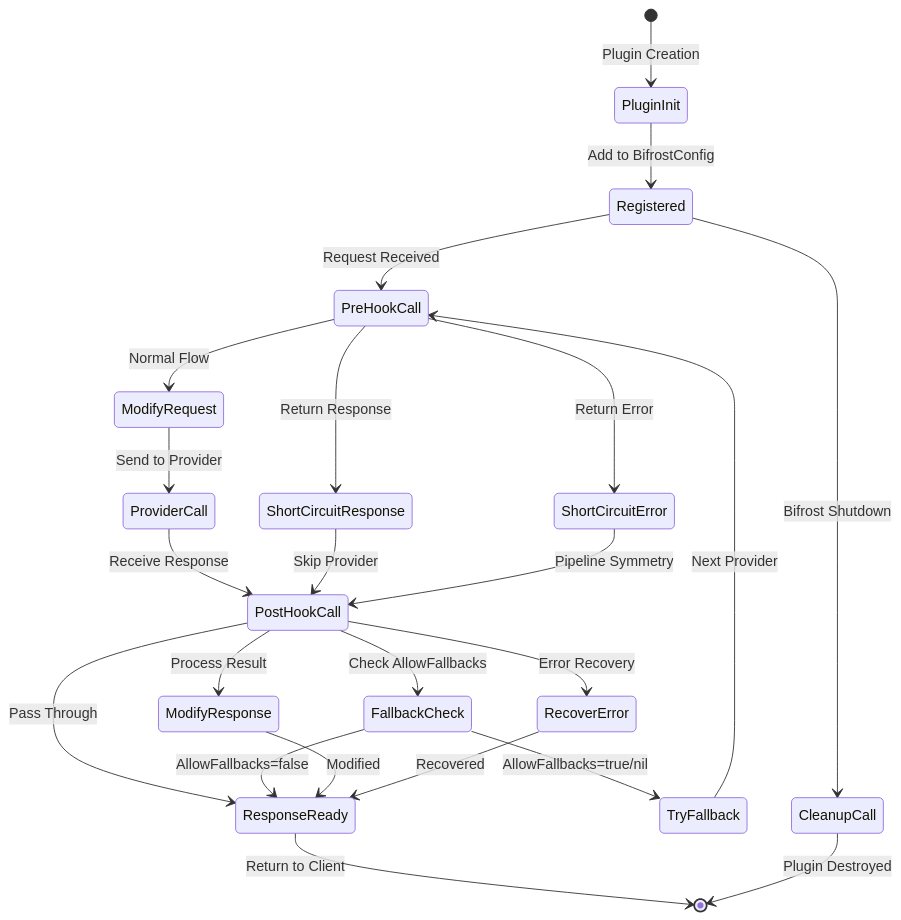
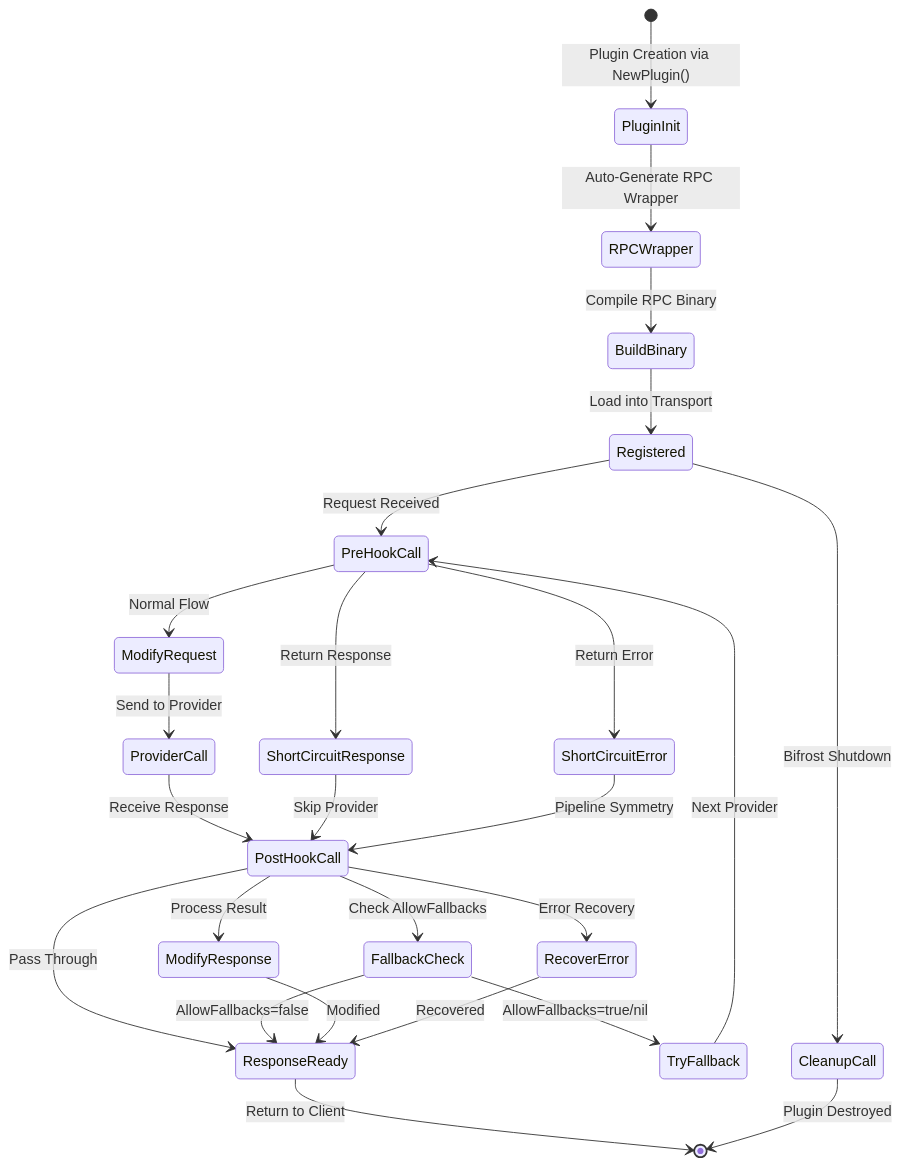
Before and after one commit to maximhq/bifrost: the first of 5 diagrams in docs/plugins.md, drawn with Mermaid. The commit also changed other lines of this file and 38 other files, not shown here.

````diff
--- a/docs/plugins.md
+++ b/docs/plugins.md
@@ -59,32 +89,34 @@
 ```mermaid
 stateDiagram-v2
-    [*] --> PluginInit: Plugin Creation
-    PluginInit --> Registered: Add to BifrostConfig
+    [*] --> PluginInit: Plugin Creation via NewPlugin()
+    PluginInit --> RPCWrapper: Auto-Generate RPC Wrapper
+    RPCWrapper --> BuildBinary: Compile RPC Binary
+    BuildBinary --> Registered: Load into Transport
     Registered --> PreHookCall: Request Received
 
     PreHookCall --> ModifyRequest: Normal Flow
     PreHookCall --> ShortCircuitResponse: Return Response
     PreHookCall --> ShortCircuitError: Return Error
 
     ModifyRequest --> ProviderCall: Send to Provider
     ProviderCall --> PostHookCall: Receive Response
 
     ShortCircuitResponse --> PostHookCall: Skip Provider
     ShortCircuitError --> PostHookCall: Pipeline Symmetry
 
     PostHookCall --> ModifyResponse: Process Result
     PostHookCall --> RecoverError: Error Recovery
     PostHookCall --> FallbackCheck: Check AllowFallbacks
     PostHookCall --> ResponseReady: Pass Through
 
     FallbackCheck --> TryFallback: AllowFallbacks=true/nil
     FallbackCheck --> ResponseReady: AllowFallbacks=false
     TryFallback --> PreHookCall: Next Provider
 
     ModifyResponse --> ResponseReady: Modified
     RecoverError --> ResponseReady: Recovered
     ResponseReady --> [*]: Return to Client
 
     Registered --> CleanupCall: Bifrost Shutdown
     CleanupCall --> [*]: Plugin Destroyed
 ```
````
